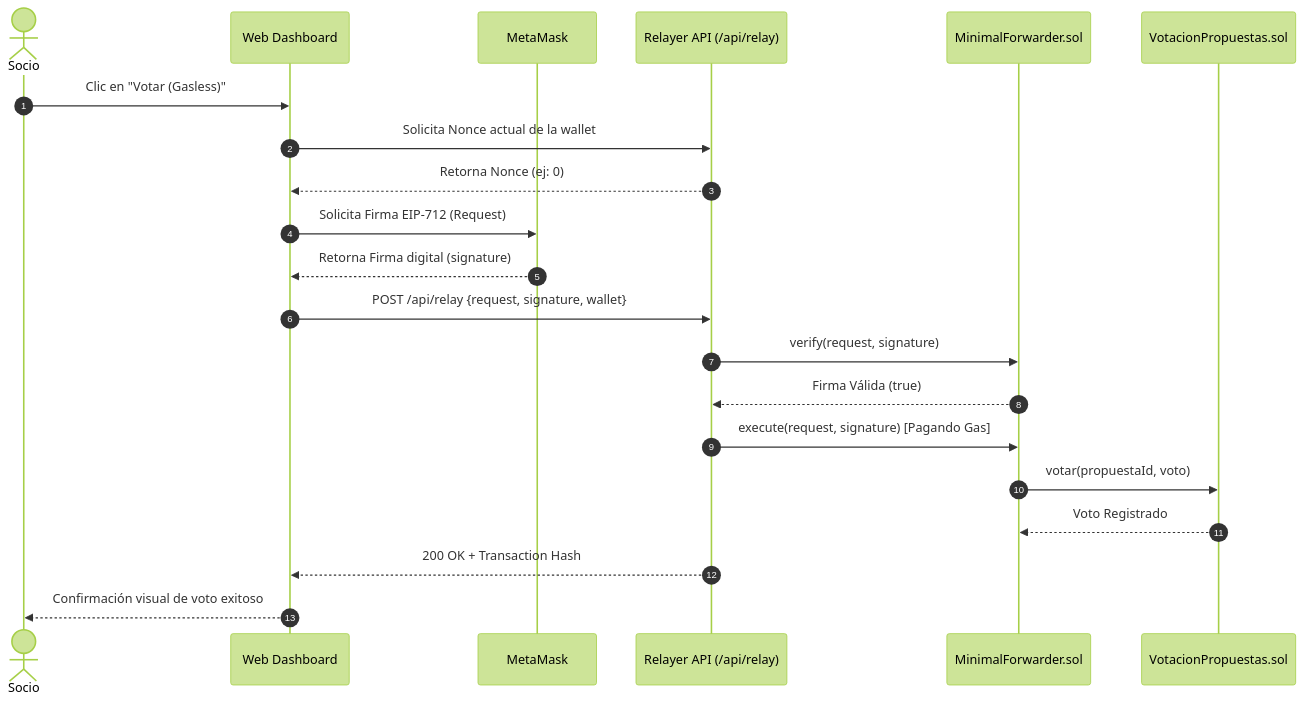
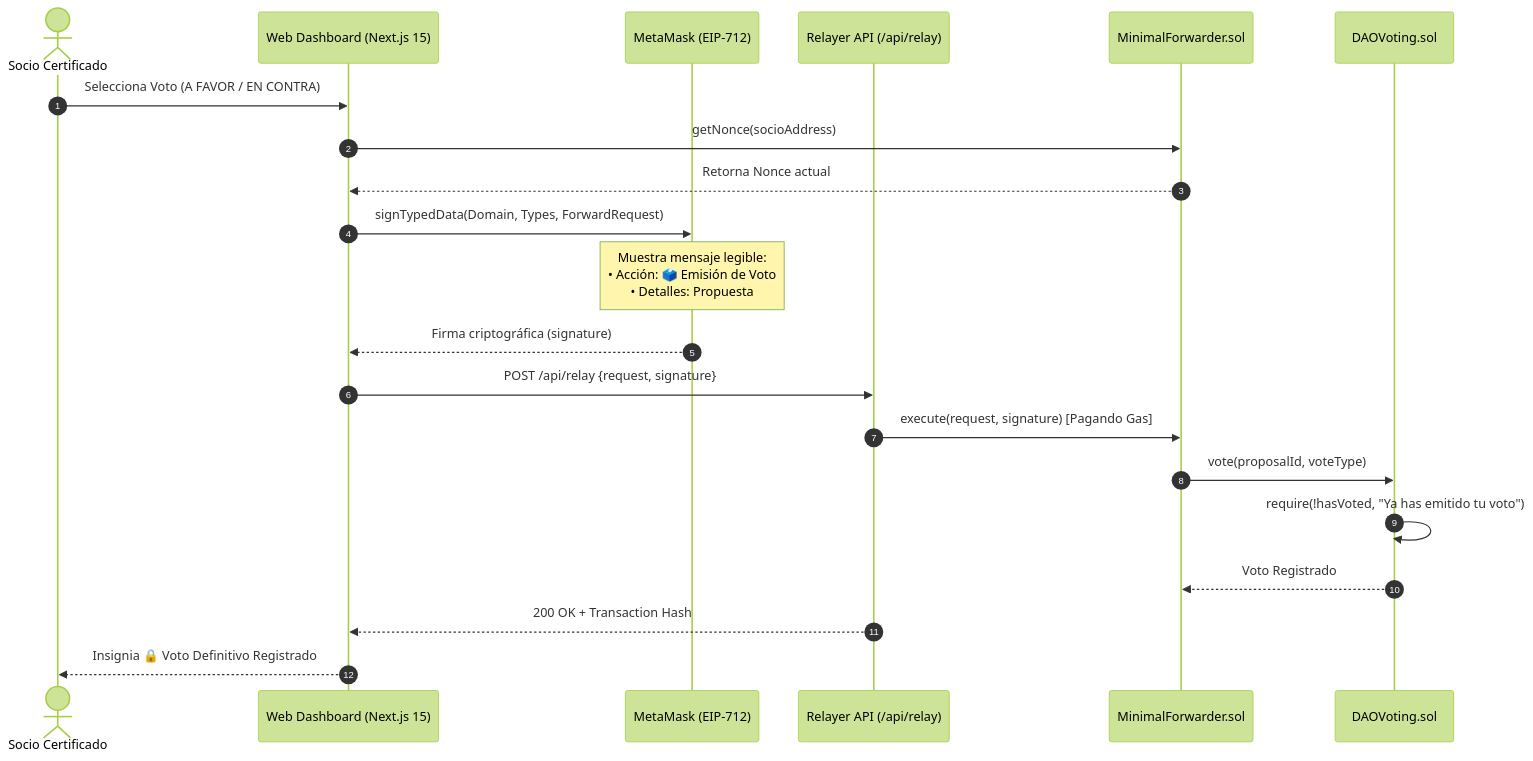
Before and after one commit to anlucorporations/dao: the first of 2 diagrams in docs/CASOS_DE_USO_Y_DIAGRAMAS.md, drawn with Mermaid (forest theme). The commit also changed other lines of this file and 12 other files, not shown here.

Commit message:
docs: actualizar todos los manuales, casos de uso y diagramas a la arquitectura DAO Gasless EIP-2771

````diff
--- a/docs/CASOS_DE_USO_Y_DIAGRAMAS.md
+++ b/docs/CASOS_DE_USO_Y_DIAGRAMAS.md
@@ -50,24 +74,24 @@
 ```mermaid
 sequenceDiagram
     autonumber
-    actor Socio
-    participant Web as Web Dashboard
-    participant MM as MetaMask
+    actor Socio as Socio Certificado
+    participant Web as Web Dashboard (Next.js 15)
+    participant MM as MetaMask (EIP-712)
     participant API as Relayer API (/api/relay)
     participant FWD as MinimalForwarder.sol
-    participant VOT as VotacionPropuestas.sol
+    participant DAO as DAOVoting.sol
 
-    Socio->>Web: Clic en "Votar (Gasless)"
-    Web->>API: Solicita Nonce actual de la wallet
-    API-->>Web: Retorna Nonce (ej: 0)
-    Web->>MM: Solicita Firma EIP-712 (Request)
-    MM-->>Web: Retorna Firma digital (signature)
-    Web->>API: POST /api/relay {request, signature, wallet}
-    API->>FWD: verify(request, signature)
-    FWD-->>API: Firma Válida (true)
+    Socio->>Web: Selecciona Voto (A FAVOR / EN CONTRA)
+    Web->>FWD: getNonce(socioAddress)
+    FWD-->>Web: Retorna Nonce actual
+    Web->>MM: signTypedData(Domain, Types, ForwardRequest)
+    Note over MM: Muestra mensaje legible:<br/>• Acción: 🗳️ Emisión de Voto<br/>• Detalles: Propuesta #1 | 👍 A FAVOR
+    MM-->>Web: Firma criptográfica (signature)
+    Web->>API: POST /api/relay {request, signature}
     API->>FWD: execute(request, signature) [Pagando Gas]
-    FWD->>VOT: votar(propuestaId, voto)
-    VOT-->>FWD: Voto Registrado
+    FWD->>DAO: vote(proposalId, voteType)
+    DAO->>DAO: require(!hasVoted, "Ya has emitido tu voto")
+    DAO-->>FWD: Voto Registrado
     API-->>Web: 200 OK + Transaction Hash
-    Web-->>Socio: Confirmación visual de voto exitoso
+    Web-->>Socio: Insignia 🔒 Voto Definitivo Registrado
 ```
````
